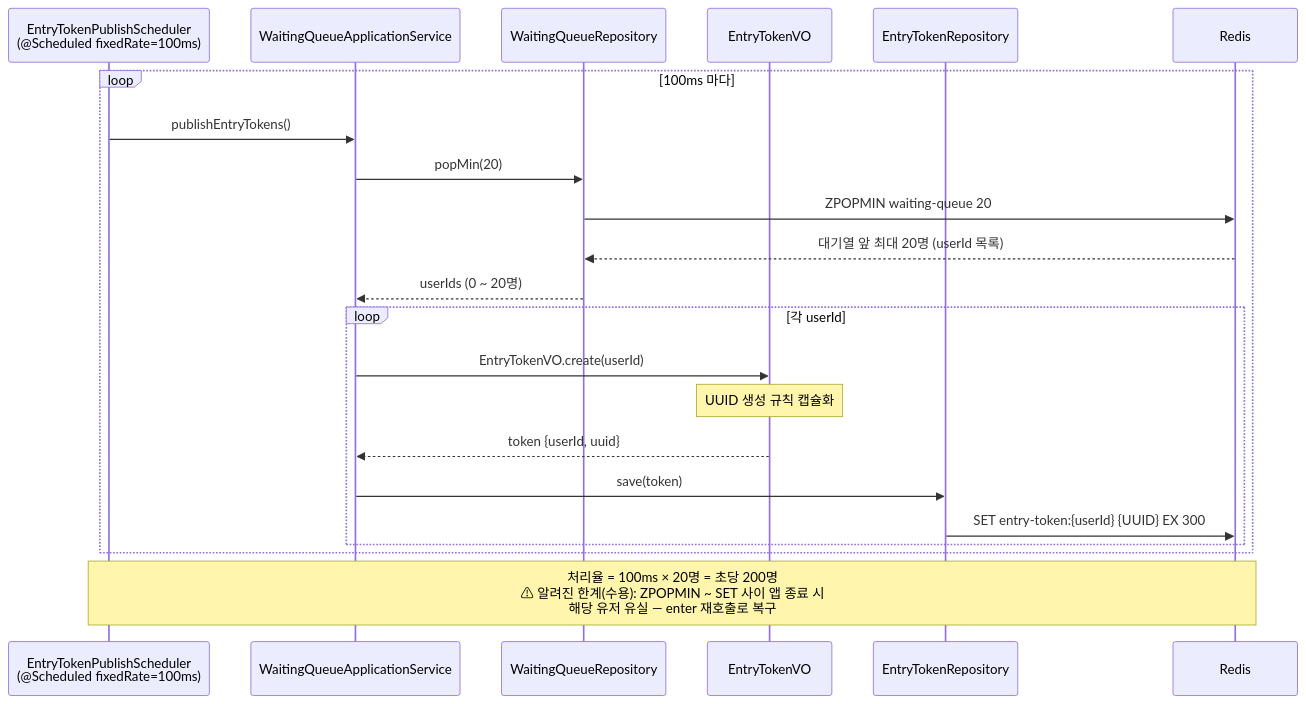
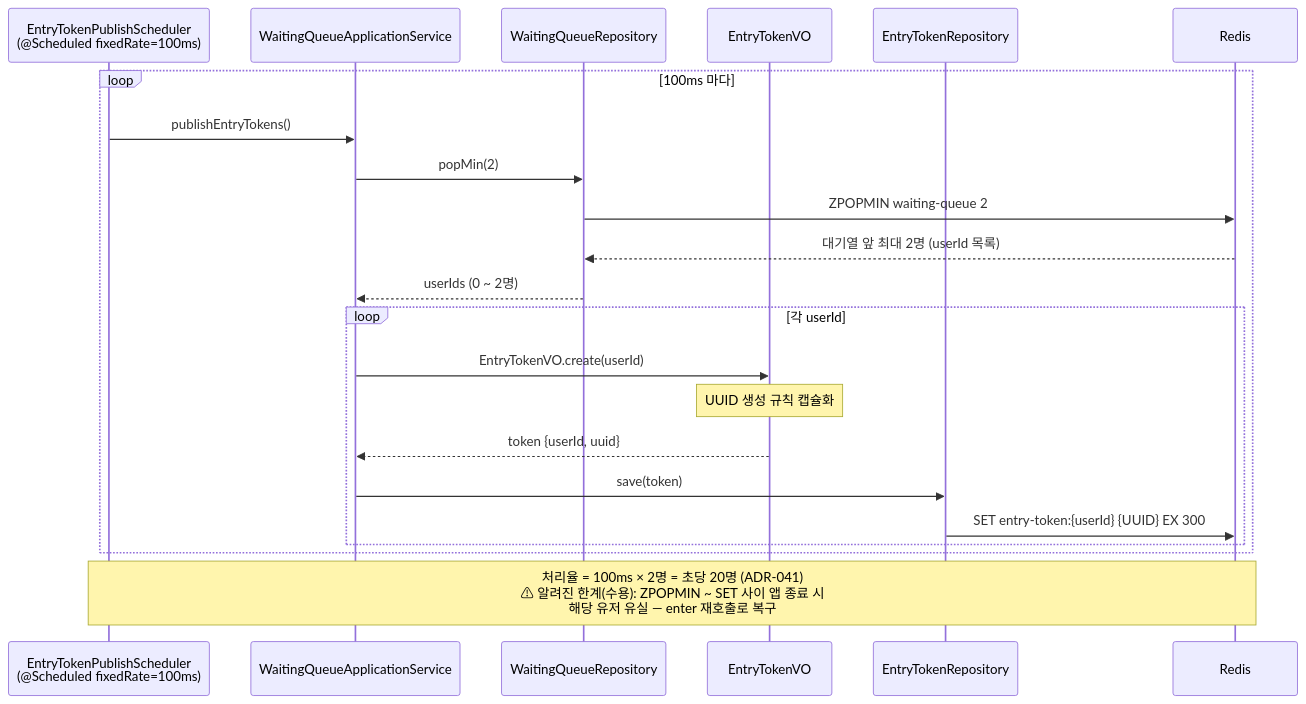
One commit to Hangju0610/loop-pack-be-l2-vol4-java changed the third of 6 diagrams in docs/domain/waiting-queue/02-diagrams.md. Above: the diagram before and after it, drawn with Mermaid. The commit also changed other lines of this file and 3 other files, not shown here.

Commit message:
docs(waiting-queue): ADR-040(무인증 전환)·ADR-041(발급 TPS·폴링 조정) 추가 및 요구사항 반영

````diff
--- a/docs/domain/waiting-queue/02-diagrams.md
+++ b/docs/domain/waiting-queue/02-diagrams.md
@@ -101,27 +101,27 @@
 ```mermaid
 sequenceDiagram
     participant SCH as EntryTokenPublishScheduler<br/>(@Scheduled fixedRate=100ms)
     participant SVC as WaitingQueueApplicationService
     participant WQR as WaitingQueueRepository
     participant VO as EntryTokenVO
     participant ETR as EntryTokenRepository
     participant R as Redis
 
     loop 100ms 마다
         SCH->>SVC: publishEntryTokens()
-        SVC->>WQR: popMin(20)
-        WQR->>R: ZPOPMIN waiting-queue 20
-        R-->>WQR: 대기열 앞 최대 20명 (userId 목록)
-        WQR-->>SVC: userIds (0 ~ 20명)
+        SVC->>WQR: popMin(2)
+        WQR->>R: ZPOPMIN waiting-queue 2
+        R-->>WQR: 대기열 앞 최대 2명 (userId 목록)
+        WQR-->>SVC: userIds (0 ~ 2명)
 
         loop 각 userId
             SVC->>VO: EntryTokenVO.create(userId)
             Note over VO: UUID 생성 규칙 캡슐화
             VO-->>SVC: token {userId, uuid}
             SVC->>ETR: save(token)
             ETR->>R: SET entry-token:{userId} {UUID} EX 300
         end
     end
 
-    Note over SCH,R: 처리율 = 100ms × 20명 = 초당 200명<br/>⚠ 알려진 한계(수용): ZPOPMIN ~ SET 사이 앱 종료 시<br/>해당 유저 유실 — enter 재호출로 복구
+    Note over SCH,R: 처리율 = 100ms × 2명 = 초당 20명 (ADR-041)<br/>⚠ 알려진 한계(수용): ZPOPMIN ~ SET 사이 앱 종료 시<br/>해당 유저 유실 — enter 재호출로 복구
 ```
````
